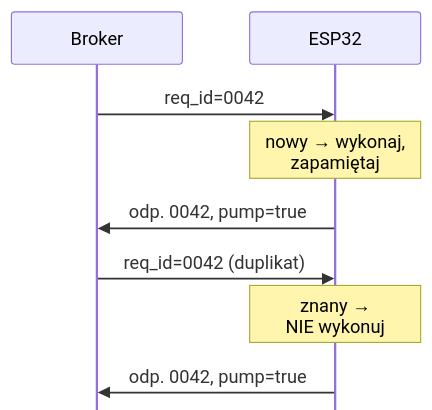
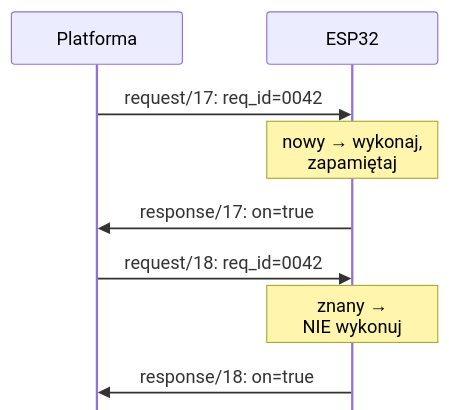
Before and after one commit to moondec/iot_lectures: the fifth of 5 diagrams in slides/04-mqtt-i-kontrakt-danych.qmd, drawn with Mermaid. The commit also changed other lines of this file and 1 other file, not shown here.

````diff
--- a/slides/04-mqtt-i-kontrakt-danych.qmd
+++ b/slides/04-mqtt-i-kontrakt-danych.qmd
@@ -388,14 +389,14 @@
 ```{mermaid}
 %%| fig-width: 6.6
-%%| fig-height: 5.9
+%%| fig-height: 5.8
 %%{init: {"sequence": {"mirrorActors": false, "actorMargin": 30, "width": 150, "height": 46, "boxMargin": 6, "noteMargin": 6, "messageMargin": 22, "diagramMarginX": 10, "diagramMarginY": 6, "actorFontFamily": "Arial, Liberation Sans, Helvetica, sans-serif", "messageFontFamily": "Arial, Liberation Sans, Helvetica, sans-serif", "noteFontFamily": "Arial, Liberation Sans, Helvetica, sans-serif"}, "themeVariables": {"fontFamily": "Arial, Liberation Sans, Helvetica, sans-serif"}}}%%
 sequenceDiagram
-    participant B as Broker
+    participant P as Platforma
     participant D as ESP32
-    B->>D: req_id=0042
+    P->>D: request/17: req_id=0042
     Note over D: nowy → wykonaj,<br>zapamiętaj
-    D->>B: odp. 0042, pump=true
-    B->>D: req_id=0042 (duplikat)
+    D->>P: response/17: on=true
+    P->>D: request/18: req_id=0042
     Note over D: znany →<br>NIE wykonuj
-    D->>B: odp. 0042, pump=true
+    D->>P: response/18: on=true
 ```
````
